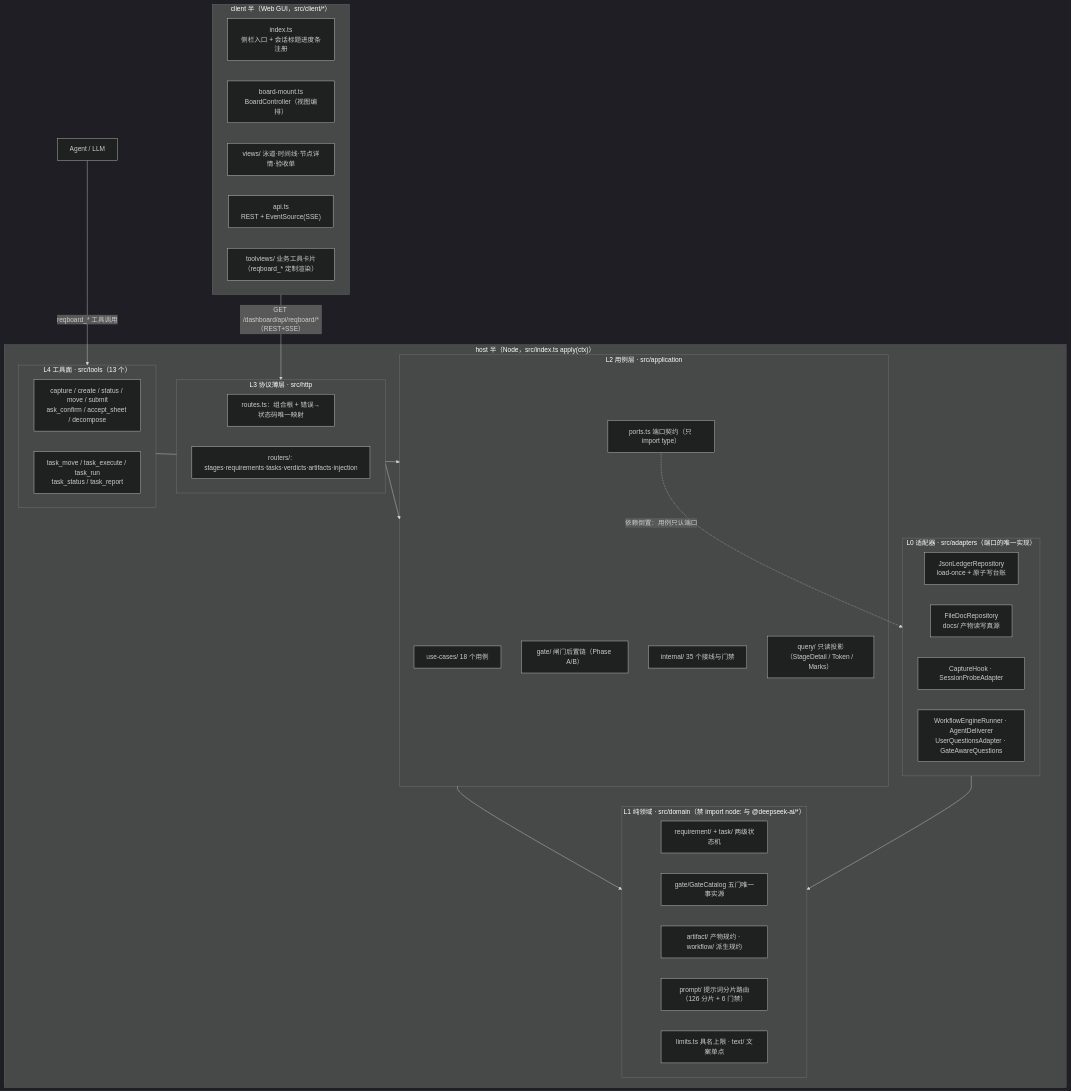
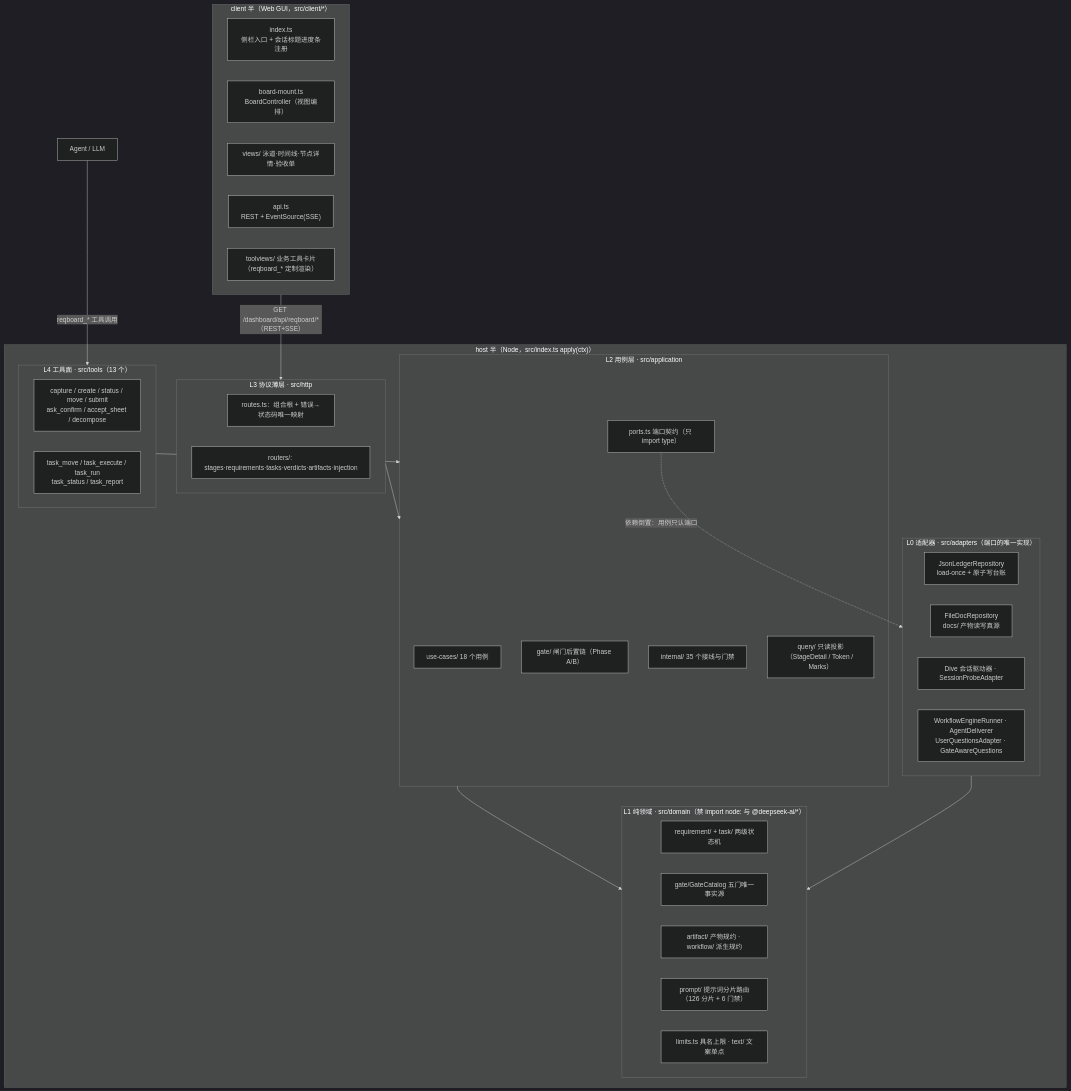
One commit to kakaCat/pi-investment changed the first of 10 diagrams in agent-dh/docs/architecture/pmboard-code-flow.md. Above: the diagram before and after it, drawn with Mermaid (dark theme). The commit also changed other lines of this file and 311 other files, not shown here.

````diff
--- a/agent-dh/docs/architecture/pmboard-code-flow.md
+++ b/agent-dh/docs/architecture/pmboard-code-flow.md
@@ -36,49 +36,49 @@
 ```mermaid
 flowchart TB
   subgraph CLIENT["client 半（Web GUI，src/client/*）"]
     C1["index.ts<br/>侧栏入口 + 会话标题进度条注册"]
     C2["board-mount.ts<br/>BoardController（视图编排）"]
     C3["views/ 泳道·时间线·节点详情·验收单"]
     C4["api.ts<br/>REST + EventSource(SSE)"]
     C5["toolviews/ 业务工具卡片（reqboard_* 定制渲染）"]
   end
 
   subgraph HOST["host 半（Node，src/index.ts apply(ctx)）"]
     subgraph L4["L4 工具面 · src/tools（13 个）"]
       T1["capture / create / status / move / submit<br/>ask_confirm / accept_sheet / decompose"]
       T2["task_move / task_execute / task_run<br/>task_status / task_report"]
     end
     subgraph L3["L3 协议薄层 · src/http"]
       R0["routes.ts：组合根 + 错误→状态码唯一映射"]
       R1["routers/: stages·requirements·tasks·verdicts·artifacts·injection"]
     end
     subgraph L2["L2 用例层 · src/application"]
       U1["use-cases/ 18 个用例"]
       U2["gate/ 闸门后置链（Phase A/B）"]
       U3["internal/ 35 个接线与门禁"]
       U4["query/ 只读投影（StageDetail / Token / Marks）"]
       U5["ports.ts 端口契约（只 import type）"]
     end
     subgraph L1["L1 纯领域 · src/domain（禁 import node: 与 @deepseek-ai/*）"]
       D1["requirement/ + task/ 两级状态机"]
       D2["gate/GateCatalog 五门唯一事实源"]
       D3["artifact/ 产物规约 · workflow/ 派生规约"]
       D4["prompt/ 提示词分片路由（126 分片 + 6 门禁）"]
       D5["limits.ts 具名上限 · text/ 文案单点"]
     end
     subgraph L0["L0 适配器 · src/adapters（端口的唯一实现）"]
       A1["JsonLedgerRepository<br/>load-once + 原子写台账"]
       A2["FileDocRepository<br/>docs/ 产物读写真源"]
-      A3["CaptureHook · SessionProbeAdapter"]
+      A3["Dive 会话驱动器 · SessionProbeAdapter"]
       A4["WorkflowEngineRunner · AgentDeliverer<br/>UserQuestionsAdapter · GateAwareQuestions"]
     end
   end
 
   CLIENT -- "GET /dashboard/api/reqboard/*（REST+SSE）" --> L3
   AGENT["Agent / LLM"] -- "reqboard_* 工具调用" --> L4
   L4 --> L2
   L3 --> L2
   L2 --> L1
   U5 -. "依赖倒置：用例只认端口" .-> L0
   L0 --> L1
 ```
````
